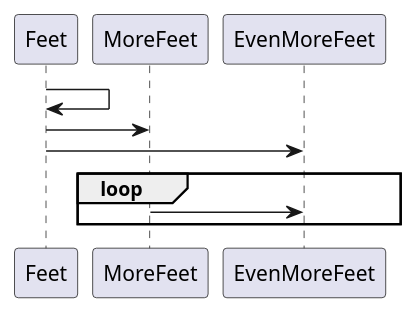
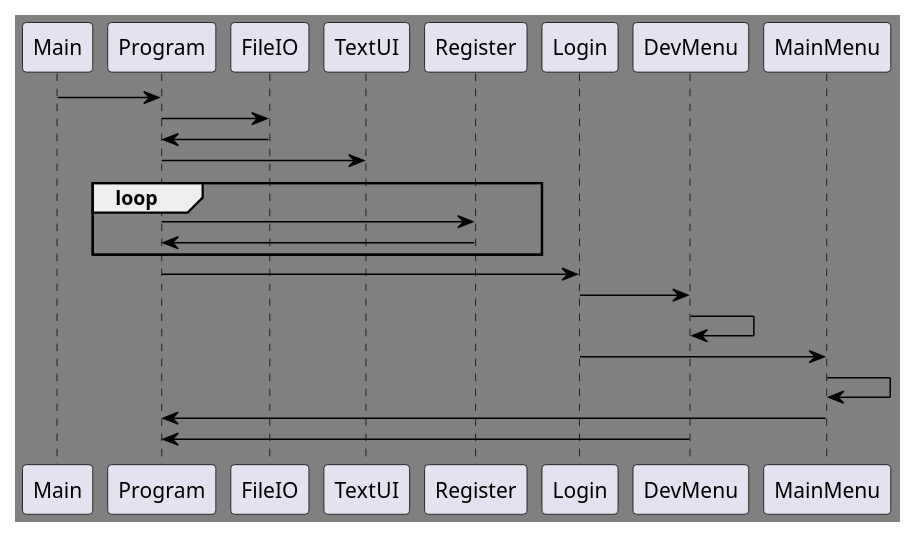
One commit to Guacamoleboy/SP3 changed the diagram in Project/docs/sequence_v0.puml. Above: the diagram before and after it, drawn with PlantUML. The commit also changed 4 other files, not shown here.

```diff
--- a/Project/docs/sequence_v0.puml
+++ b/Project/docs/sequence_v0.puml
@@ -1,15 +1,38 @@
 @startuml
 
 'By Andreas Rovelt & Jonas Meinert Larsen
 
+'Visuals
+<style>
+document {
+  BackGroundColor grey
+}
+root {
+  FontColor #?black:white
+  LineColor black
+}
+</style>
+
 'Sequence
-Feet -> Feet
-Feet -> MoreFeet
-Feet -> EvenMoreFeet
+Main -> Program
+Program -> FileIO
+FileIO -> Program
+Program -> TextUI
 
-'Loops
 loop
-MoreFeet -> EvenMoreFeet
+Program -> Register
+Register -> Program
 end loop
 
+Program -> Login
+
+Login -> DevMenu
+DevMenu -> DevMenu
+Login -> MainMenu
+MainMenu -> MainMenu
+
+MainMenu -> Program
+DevMenu -> Program
+
+
 @enduml
```
